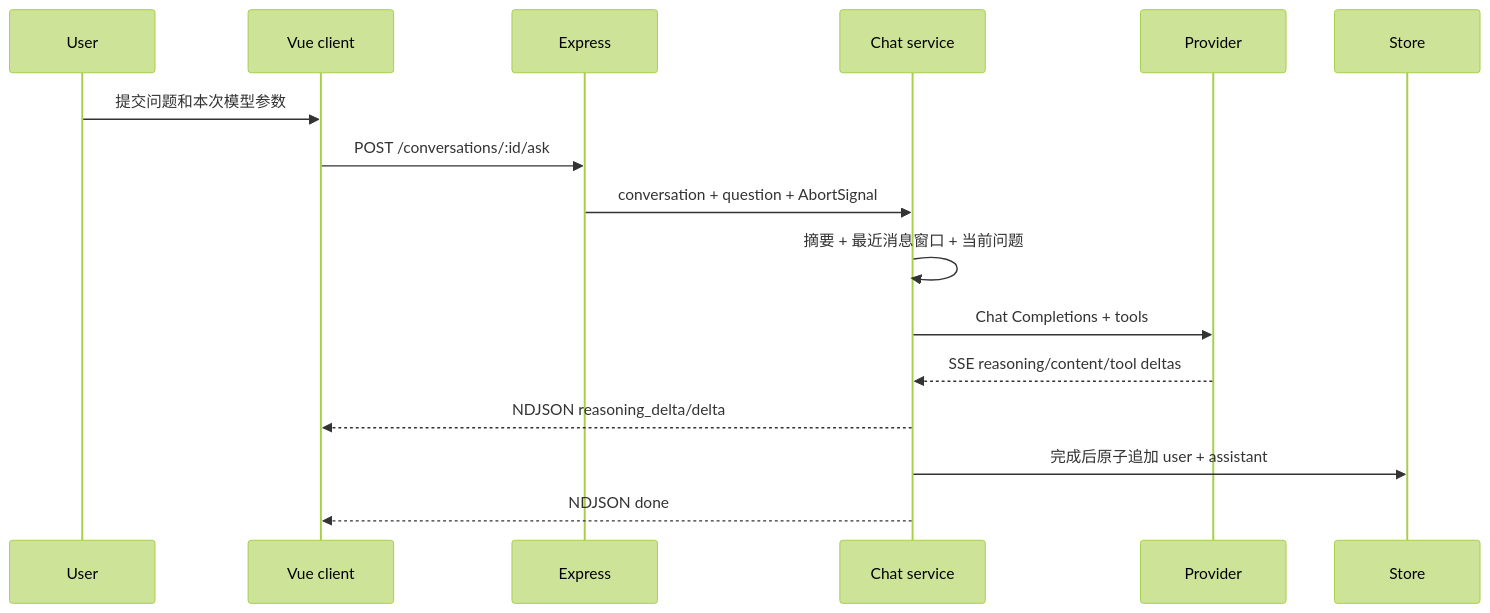
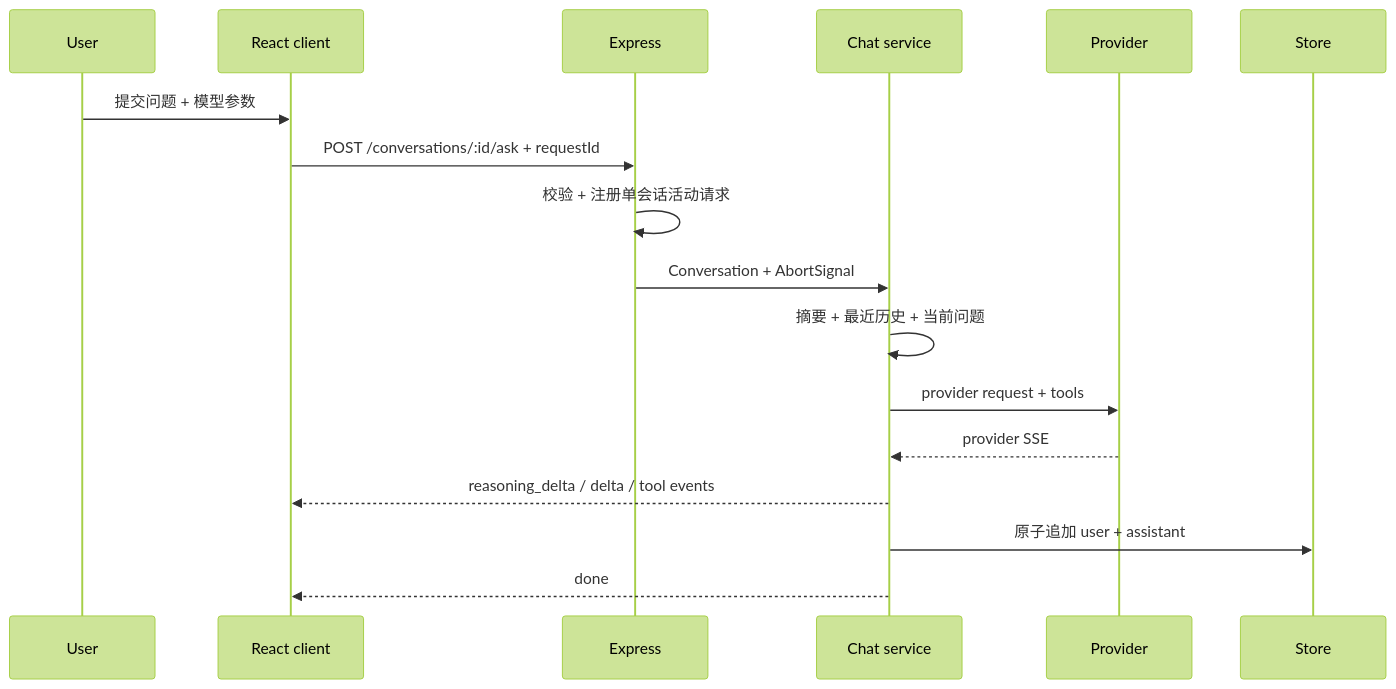
Before and after one commit to imingsmings/chatbot-dev: the third of 5 diagrams in docs/architecture.md, drawn with Mermaid (forest theme). The commit also changed other lines of this file and 187 other files, not shown here.

````diff
--- a/docs/architecture.md
+++ b/docs/architecture.md
@@ -80,19 +117,20 @@
 ```mermaid
 sequenceDiagram
   participant U as User
-  participant C as Vue client
+  participant C as React client
   participant E as Express
   participant S as Chat service
   participant P as Provider
   participant D as Store
 
-  U->>C: 提交问题和本次模型参数
-  C->>E: POST /conversations/:id/ask
-  E->>S: conversation + question + AbortSignal
-  S->>S: 摘要 + 最近消息窗口 + 当前问题
-  S->>P: Chat Completions + tools
-  P-->>S: SSE reasoning/content/tool deltas
-  S-->>C: NDJSON reasoning_delta/delta
-  S->>D: 完成后原子追加 user + assistant
-  S-->>C: NDJSON done
+  U->>C: 提交问题 + 模型参数
+  C->>E: POST /conversations/:id/ask + requestId
+  E->>E: 校验 + 注册单会话活动请求
+  E->>S: Conversation + AbortSignal
+  S->>S: 摘要 + 最近历史 + 当前问题
+  S->>P: provider request + tools
+  P-->>S: provider SSE
+  S-->>C: reasoning_delta / delta / tool events
+  S->>D: 原子追加 user + assistant
+  S-->>C: done
 ```
````
